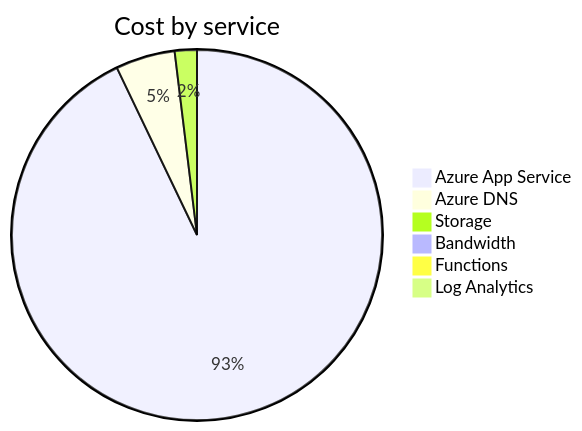
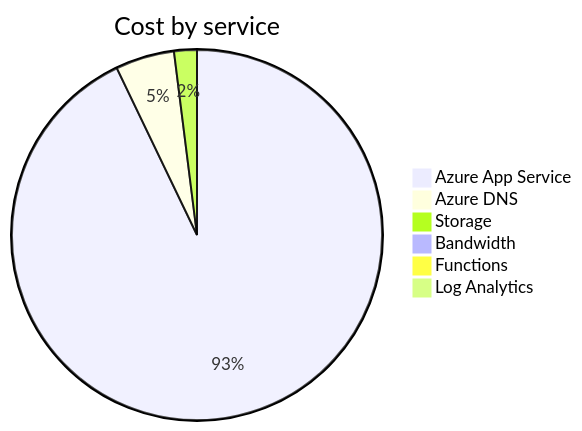
Before and after one commit to jpfulton/azure-personal-reports: the second of 4 diagrams in cost-reports/accumulated-cost.md, drawn with Mermaid. The commit also changed other lines of this file and 4 other files, not shown here.

````diff
--- a/cost-reports/accumulated-cost.md
+++ b/cost-reports/accumulated-cost.md
@@ -98,10 +98,10 @@
 ```mermaid
 pie
    title Cost by service
-   "Azure App Service" : 10.58
-   "Azure DNS" : 0.59
-   "Storage" : 0.22
+   "Azure App Service" : 11.20
+   "Azure DNS" : 0.62
+   "Storage" : 0.24
    "Bandwidth" : 0.00
    "Functions" : 0.00
    "Log Analytics" : 0.00
 ```
````
